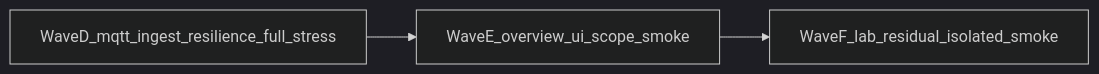
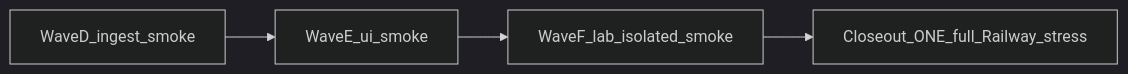
The diagram in docs/operations/patch_trains/openfdd_post_3.3.33_soft_open_program.plan.md (bbartling/open-fdd), drawn with Mermaid (dark theme) before and after one commit. The commit also changed other lines of this file and 3 other files, not shown here.

First line of the commit message:
docs: prefer full Railway stress at post-3.3.33 closeout

````diff
--- a/docs/operations/patch_trains/openfdd_post_3.3.33_soft_open_program.plan.md
+++ b/docs/operations/patch_trains/openfdd_post_3.3.33_soft_open_program.plan.md
@@ -31,7 +36,8 @@
 ```mermaid
 flowchart LR
-  waveD[WaveD_mqtt_ingest_resilience_full_stress]
-  waveE[WaveE_overview_ui_scope_smoke]
-  waveF[WaveF_lab_residual_isolated_smoke]
-  waveD --> waveE --> waveF
+  waveD[WaveD_ingest_smoke]
+  waveE[WaveE_ui_smoke]
+  waveF[WaveF_lab_isolated_smoke]
+  closeout[Closeout_ONE_full_Railway_stress]
+  waveD --> waveE --> waveF --> closeout
 ```
````
